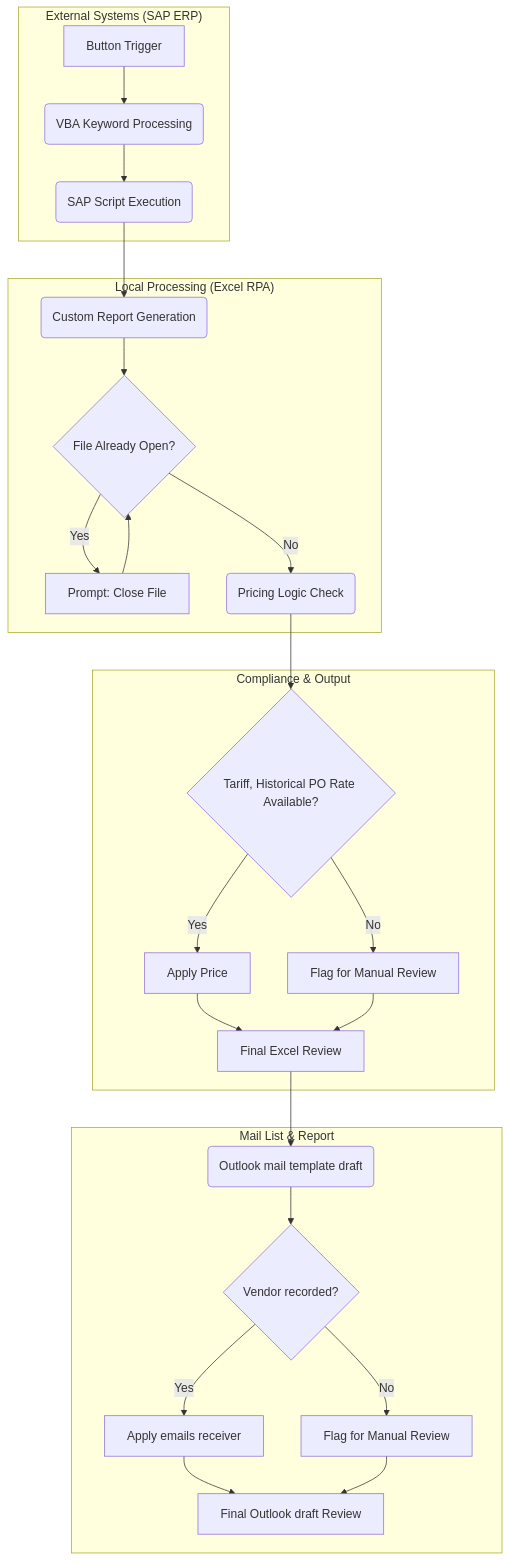
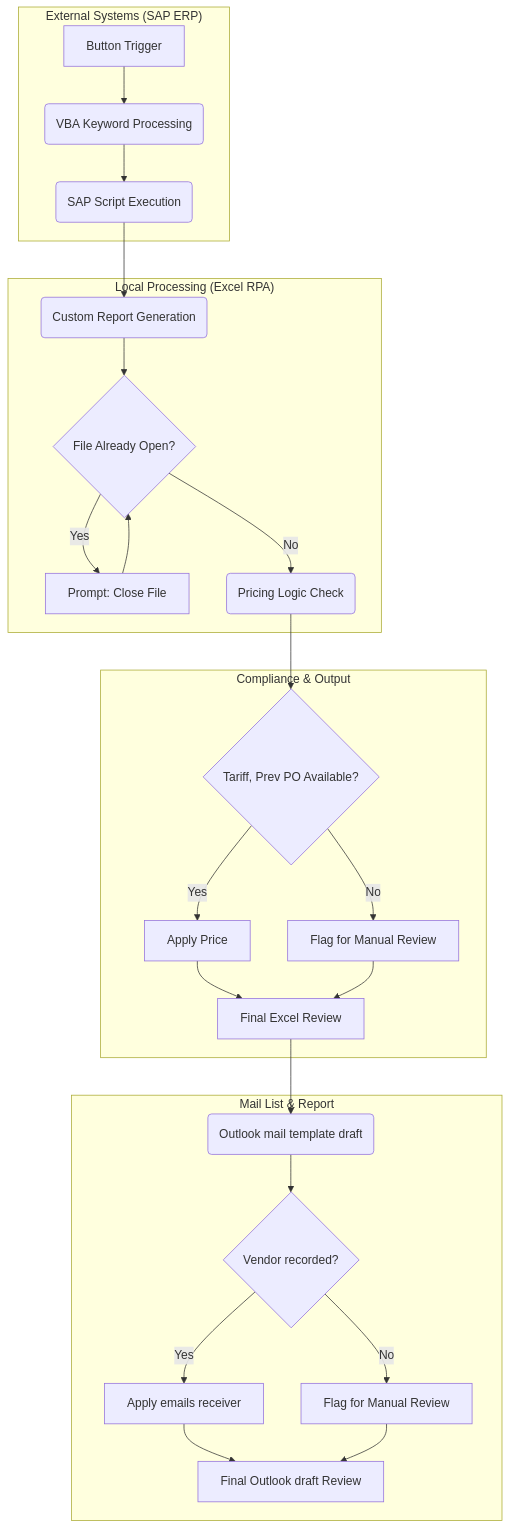
One commit to vinch-dev/pdd-tprm-automation changed the diagram in README.md. Above: the diagram before and after it, drawn with Mermaid.

````diff
--- a/README.md
+++ b/README.md
@@ -9,29 +9,29 @@
 ```mermaid
 graph TD
     subgraph "External Systems (SAP ERP)"
         A[Button Trigger] --> B(VBA Keyword Processing)
         B --> C(SAP Script Execution)
     end
     subgraph "Local Processing (Excel RPA)"
         C --> D(Custom Report Generation)
         D --> E{File Already Open?}
         E -->|Yes| G[Prompt: Close File]
         G --> E
         E -->|No| H(Pricing Logic Check)
     end
     subgraph "Compliance & Output"
-        H --> I{Tariff, Historical PO Rate Available?}
+        H --> I{Tariff, Prev PO Available?}
         I -->|Yes| J[Apply Price]
         I -->|No| K[Flag for Manual Review]
         J --> L[Final Excel Review]
         K --> L
     end
     subgraph "Mail List & Report"
         L--> M(Outlook mail template draft)
         M--> N{Vendor recorded?}
         N -->|Yes| O[Apply emails receiver]
         N -->|No| P[Flag for Manual Review]
         O --> Q[Final Outlook draft Review]
         P --> Q
     end
 ```
````
